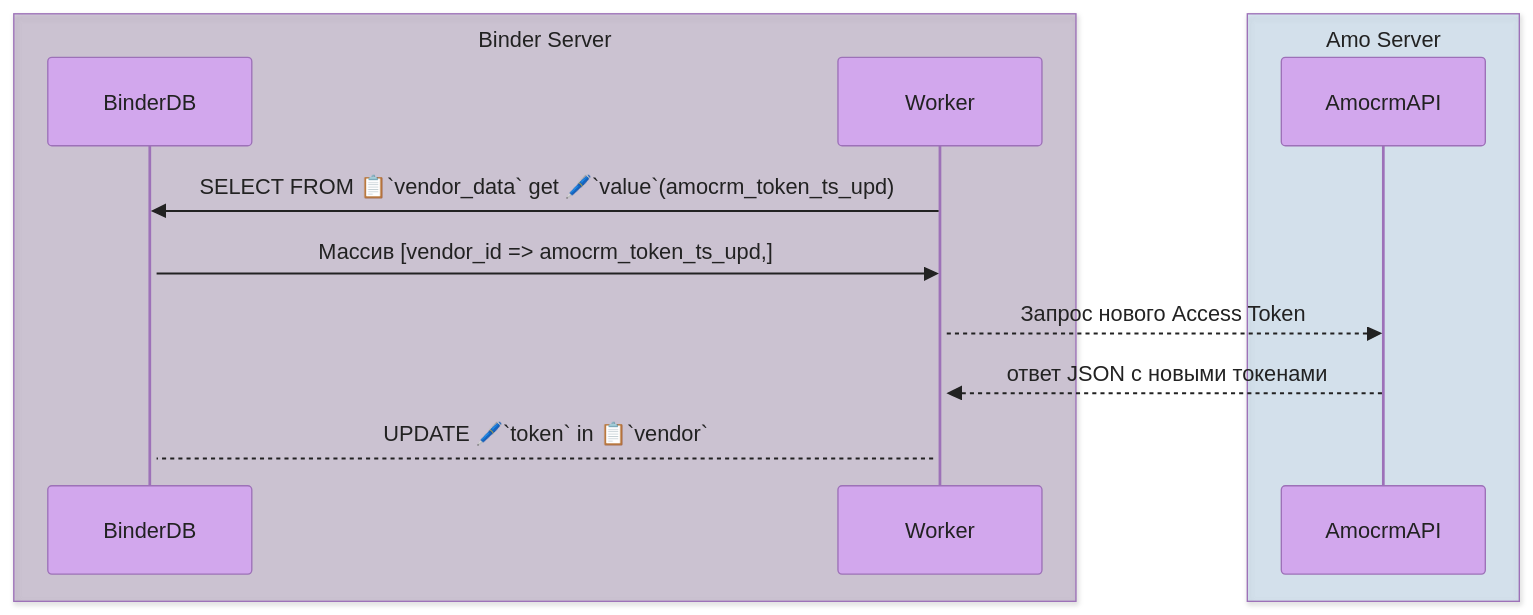
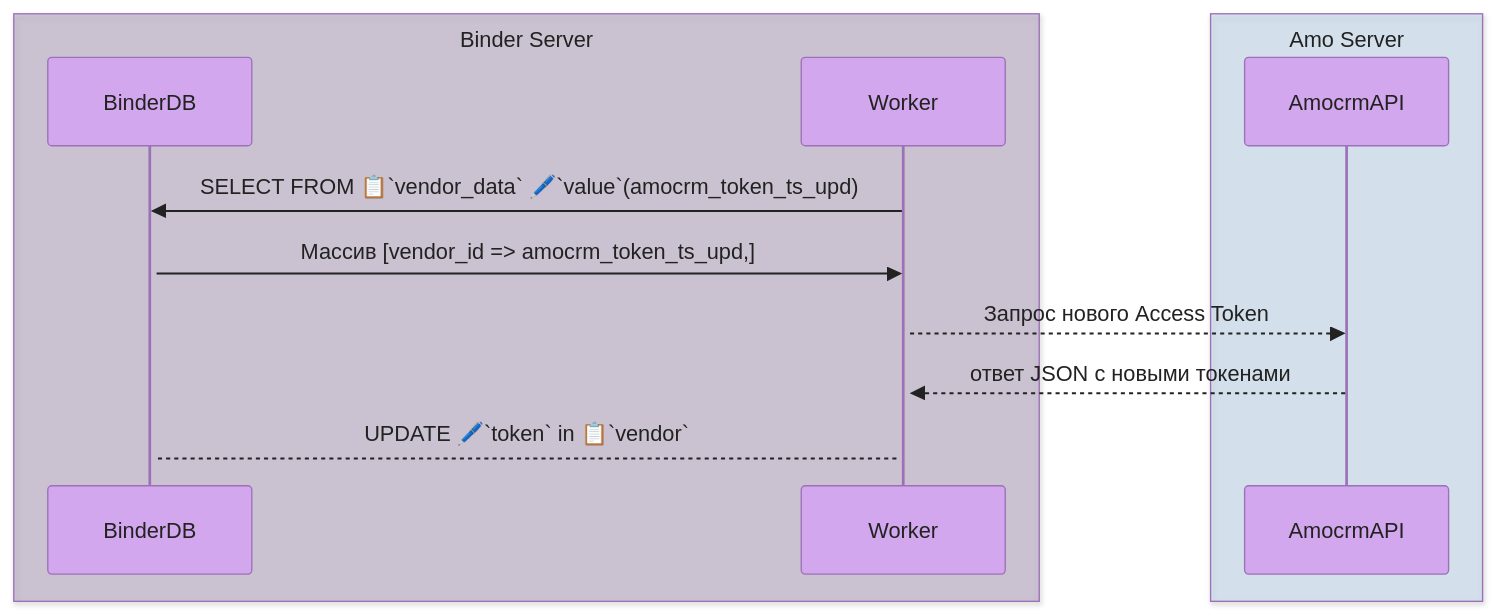
The diagram in amocrm_token_worker_docs.md (yrep/docs-temp), drawn with Mermaid before and after one commit.

````diff
--- a/amocrm_token_worker_docs.md
+++ b/amocrm_token_worker_docs.md
@@ -21,36 +21,36 @@
 ```mermaid
 %%{
   init: {
     'theme': 'base',
     'themeVariables': {
       'primaryColor': '#d2a7ed',
       'primaryTextColor': '#222222',
       'primaryBorderColor': '#9d71b8',
       'lineColor': '#9d71b8',
       'secondaryColor': '#9bc6ea',
       'tertiaryColor': '#58a5e5'
     }
   }
 }%%
 
 
 sequenceDiagram
     box rgba(130, 100, 150, 0.3) Binder Server
     participant BinderDB
     participant Worker
     end
     box rgba(155, 198, 234, 0.3) Amo Server
     participant AmocrmAPI
     end
 
     
-    Worker ->> BinderDB: SELECT FROM 📋`vendor_data` get 🖊️`value`(amocrm_token_ts_upd)
+    Worker ->> BinderDB: SELECT FROM 📋`vendor_data` 🖊️`value`(amocrm_token_ts_upd)
     activate BinderDB
     BinderDB ->> Worker: Массив [vendor_id => amocrm_token_ts_upd,]
     activate Worker
     Worker -->> AmocrmAPI: Запрос нового Access Token
     AmocrmAPI -->> Worker: ответ JSON с новыми токенами
     Worker --> BinderDB: UPDATE 🖊️`token` in 📋`vendor`
 
     
 ```
````
